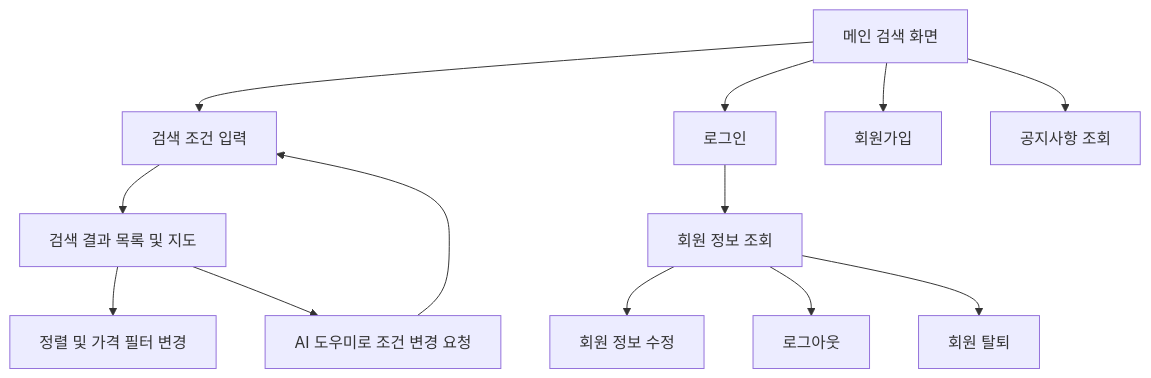
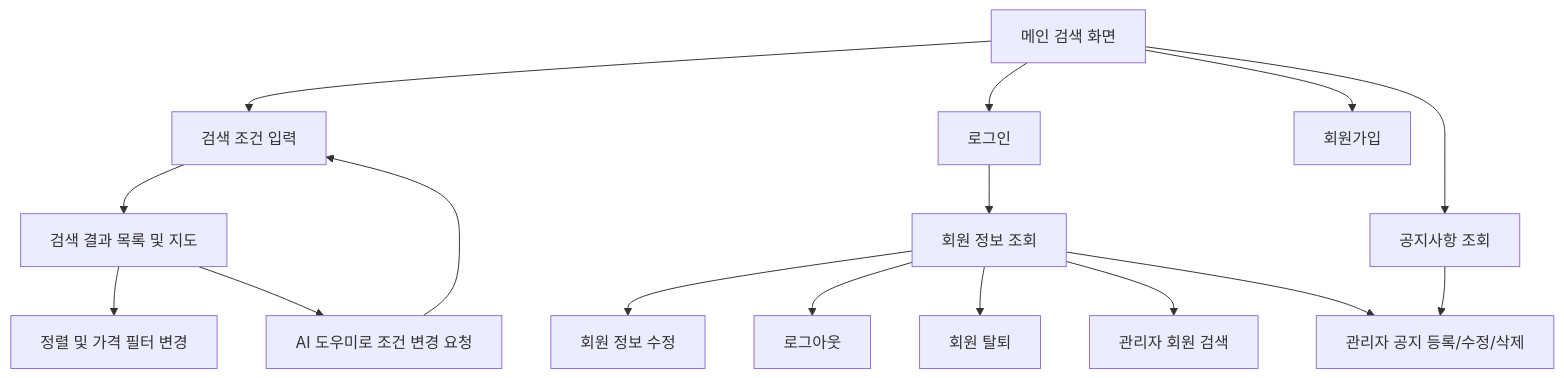
Before and after one commit to repechage-team/no-home-artifact: the diagram in docs/screen-design.md, drawn with Mermaid. The commit also changed other lines of this file and 3 other files, not shown here.

````diff
--- a/docs/screen-design.md
+++ b/docs/screen-design.md
@@ -23,17 +24,20 @@
 ```mermaid
 flowchart TD
   A[메인 검색 화면] --> B[검색 조건 입력]
   B --> C[검색 결과 목록 및 지도]
   C --> D[정렬 및 가격 필터 변경]
   C --> E[AI 도우미로 조건 변경 요청]
   E --> B
 
   A --> F[로그인]
   F --> G[회원 정보 조회]
   G --> H[회원 정보 수정]
   G --> I[로그아웃]
   G --> J[회원 탈퇴]
+  G --> M[관리자 회원 검색]
+  G --> N[관리자 공지 등록/수정/삭제]
 
   A --> K[회원가입]
   A --> L[공지사항 조회]
+  L --> N
 ```
````
